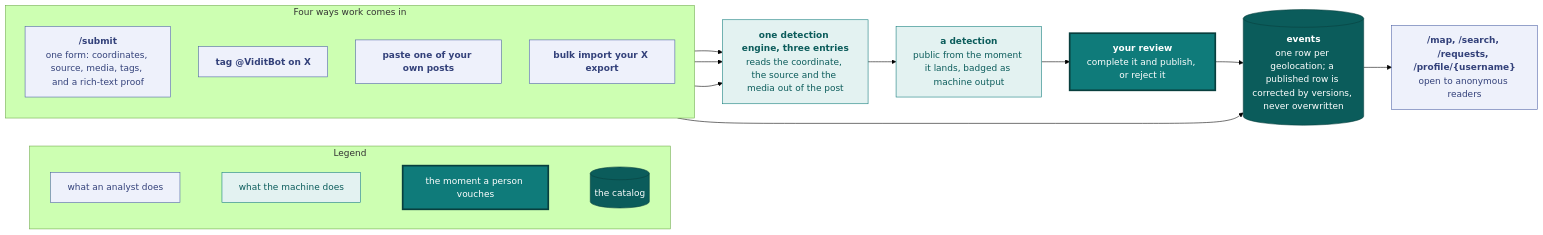
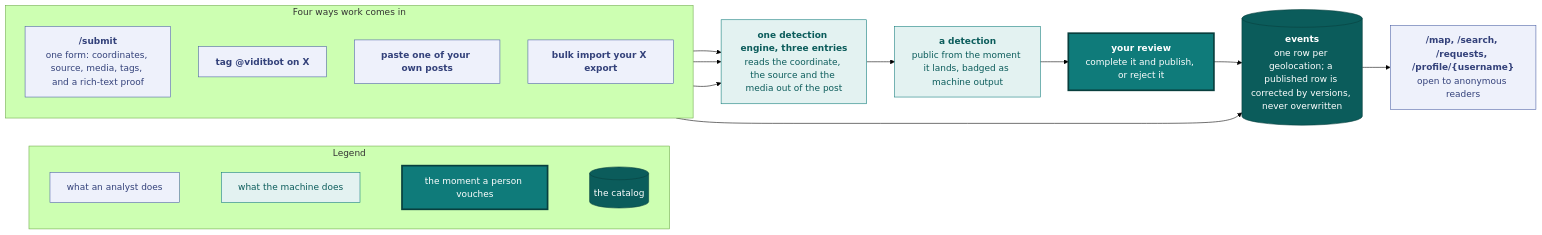
Before and after one commit to vidithq/vidit: the diagram in README.md, drawn with Mermaid (forest theme). The commit also changed other lines of this file and 11 other files, not shown here.

````diff
--- a/README.md
+++ b/README.md
@@ -12,43 +12,43 @@
 ```mermaid
 flowchart LR
   classDef spec fill:#eef1fb,stroke:#4a5fa5,color:#33417a
   classDef shared fill:#e3f2f1,stroke:#0f7b7a,color:#0b5c5b
   classDef core fill:#0f7b7a,stroke:#083f3e,stroke-width:3px,color:#ffffff
   classDef store fill:#0b5c5b,stroke:#083f3e,color:#ffffff
 
   subgraph legend [Legend]
     direction LR
     l1["`what an analyst does`"]:::spec
     l2["`what the machine does`"]:::shared
     l3["`the moment a person vouches`"]:::core
     l4[("`the catalog`")]:::store
     l1 ~~~ l2 ~~~ l3 ~~~ l4
   end
 
   subgraph doors [Four ways work comes in]
     direction TB
     hand["`**/submit**
     one form: coordinates, source, media, tags, and a rich-text proof`"]:::spec
-    bot["`**tag @ViditBot on X**`"]:::spec
+    bot["`**tag @viditbot on X**`"]:::spec
     paste["`**paste one of your own posts**`"]:::spec
     arch["`**bulk import your X export**`"]:::spec
   end
 
   engine["`**one detection engine, three entries**
   reads the coordinate, the source and the media out of the post`"]:::shared
   det["`**a detection**
   public from the moment it lands, badged as machine output`"]:::shared
   review["`**your review**
   complete it and publish, or reject it`"]:::core
   ev[("`**events**
   one row per geolocation; a published row is corrected by versions, never overwritten`")]:::store
   read["`**/map, /search, /requests, /profile/{username}**
   open to anonymous readers`"]:::spec
 
   hand --> ev
   bot --> engine
   paste --> engine
   arch --> engine
   engine --> det --> review --> ev
   ev --> read
 ```
````
